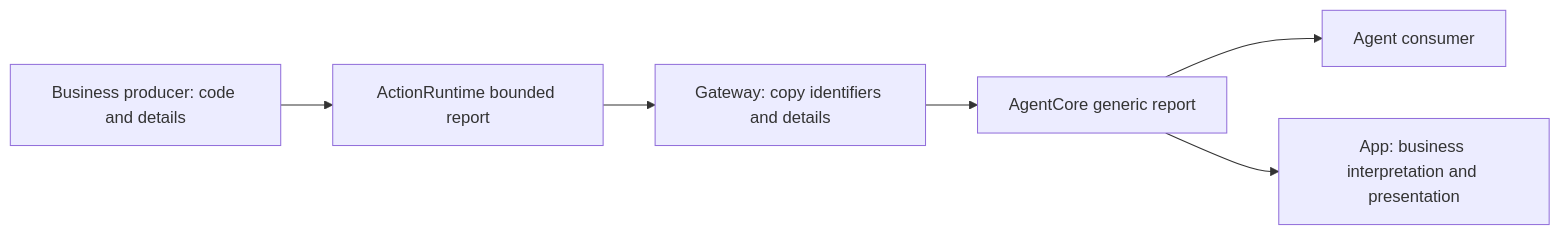
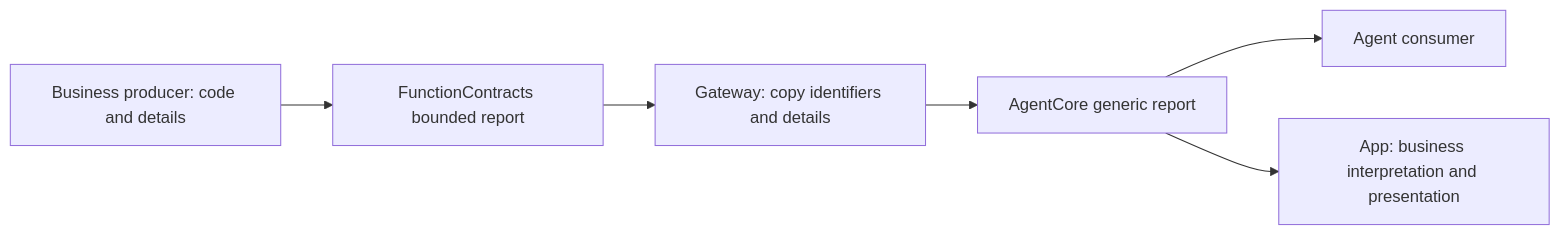
The second of 2 diagrams in MobileHarness/Agents/Core/Output/README.md (devilyouwei/MobileHarness), drawn with Mermaid before and after one commit. The commit also changed other lines of this file and 238 other files, not shown here.

````diff
--- a/MobileHarness/Agents/Core/Output/README.md
+++ b/MobileHarness/Agents/Core/Output/README.md
@@ -82,8 +82,8 @@
 ```mermaid
 flowchart LR
-    Producer[Business producer: code and details] --> Runtime[ActionRuntime bounded report]
+    Producer[Business producer: code and details] --> Runtime[FunctionContracts bounded report]
     Runtime --> Gateway[Gateway: copy identifiers and details]
     Gateway --> Core[AgentCore generic report]
     Core --> Agent[Agent consumer]
     Core --> App[App: business interpretation and presentation]
 ```
````
